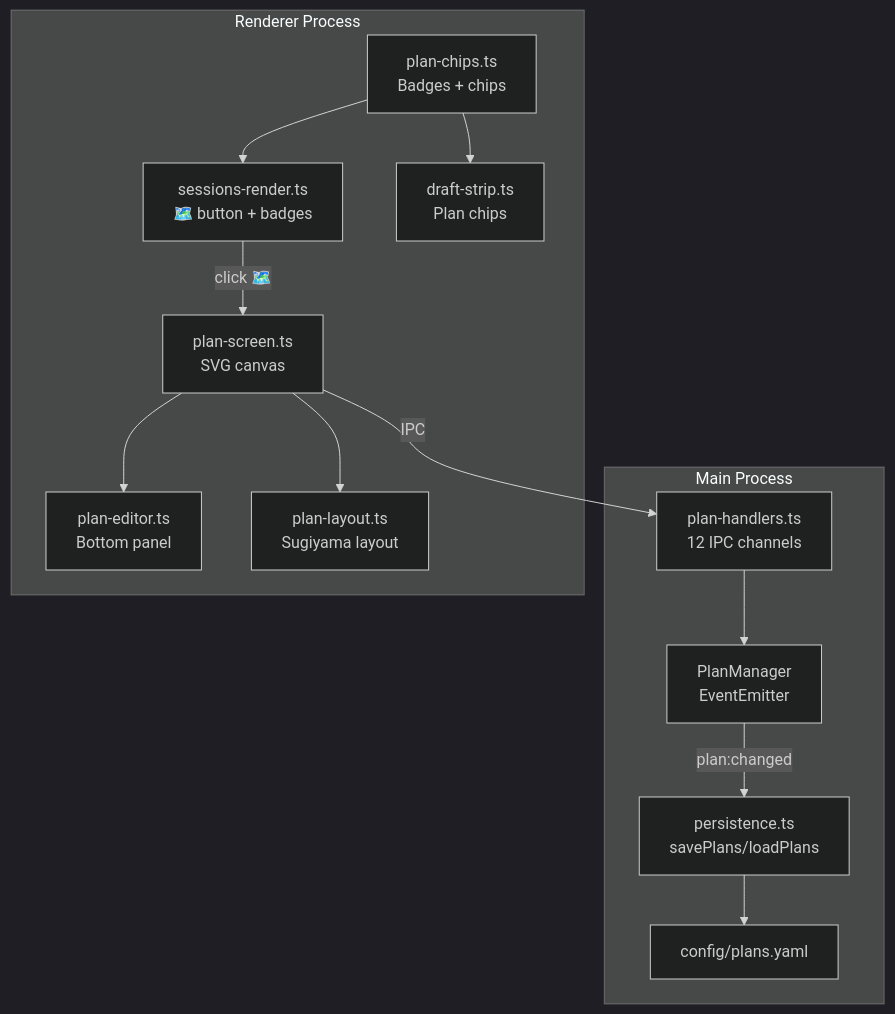
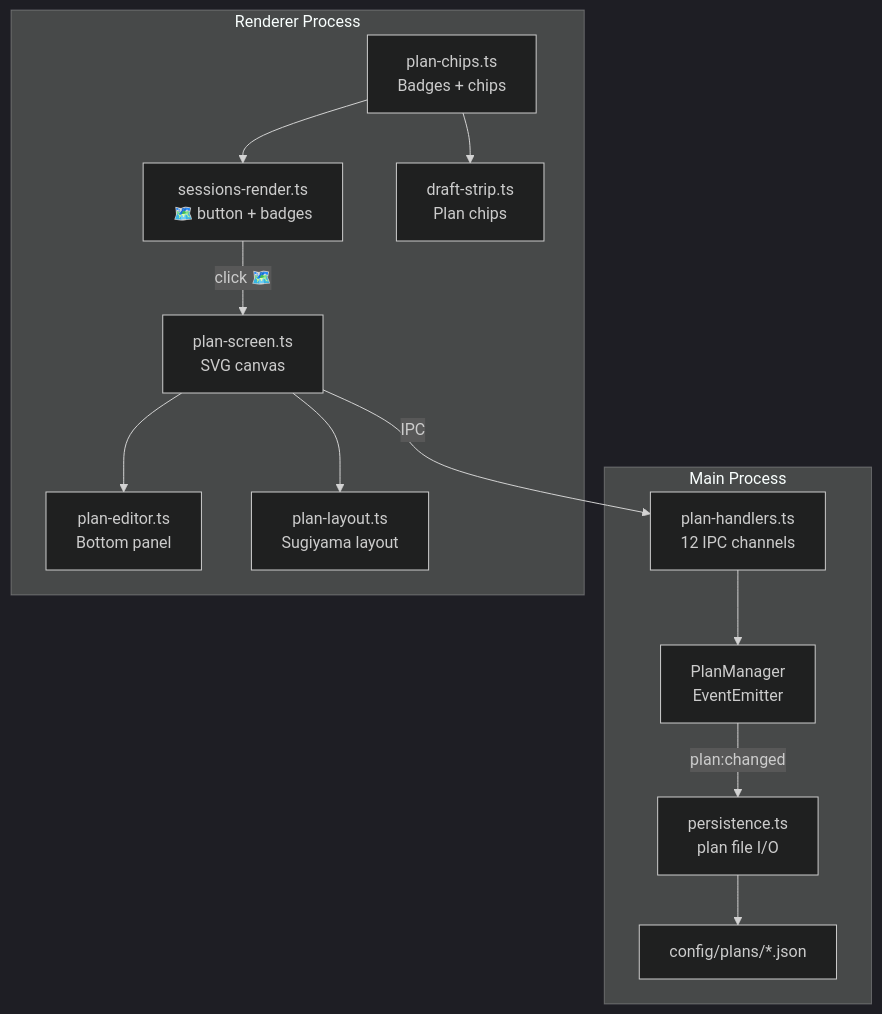
One commit to PetePeter/gamepad-cli-hub changed the second of 3 diagrams in docs/directory-plans.md. Above: the diagram before and after it, drawn with Mermaid (dark theme). The commit also changed other lines of this file and 16 other files, not shown here.

First line of the commit message:
refactor: migrate plan storage to individual JSON files + fix plan status dots

````diff
--- a/docs/directory-plans.md
+++ b/docs/directory-plans.md
@@ -33,28 +33,28 @@
 ```mermaid
 graph TB
     subgraph "Main Process"
         PM[PlanManager<br/>EventEmitter]
         PH[plan-handlers.ts<br/>12 IPC channels]
-        SP[persistence.ts<br/>savePlans/loadPlans]
-        PY[config/plans.yaml]
+        SP[persistence.ts<br/>plan file I/O]
+        PY[config/plans/*.json]
     end
 
     subgraph "Renderer Process"
         PS[plan-screen.ts<br/>SVG canvas]
         PE[plan-editor.ts<br/>Bottom panel]
         PL[plan-layout.ts<br/>Sugiyama layout]
         PC[plan-chips.ts<br/>Badges + chips]
         SR[sessions-render.ts<br/>🗺️ button + badges]
         DS[draft-strip.ts<br/>Plan chips]
     end
 
     SR -->|"click 🗺️"| PS
     PS -->|"IPC"| PH
     PH --> PM
     PM -->|"plan:changed"| SP
     SP --> PY
     PS --> PL
     PS --> PE
     PC --> DS
     PC --> SR
 ```
````
